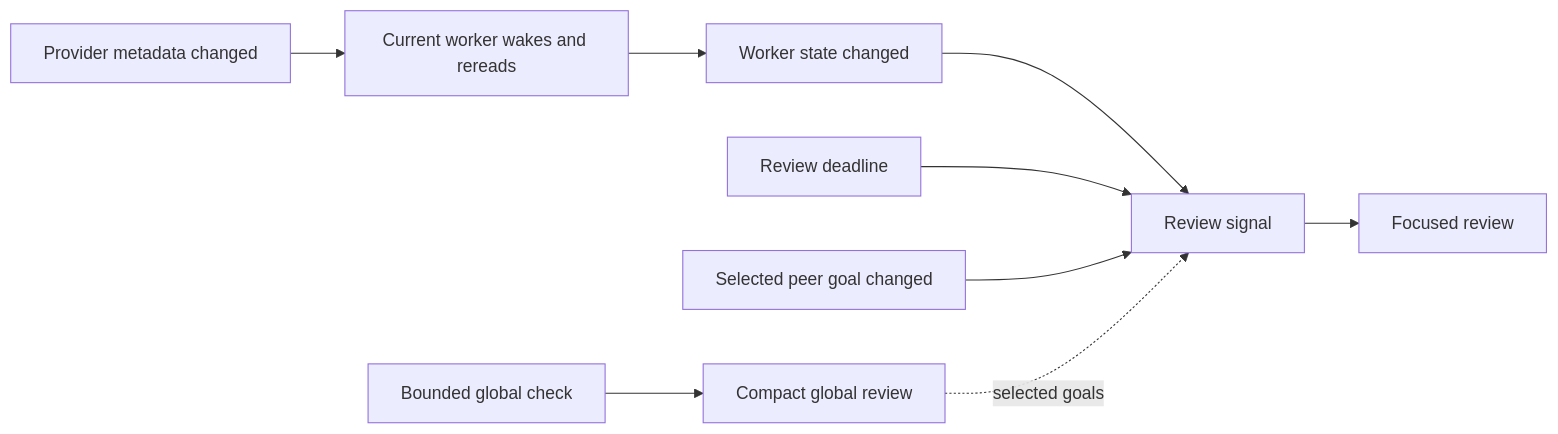
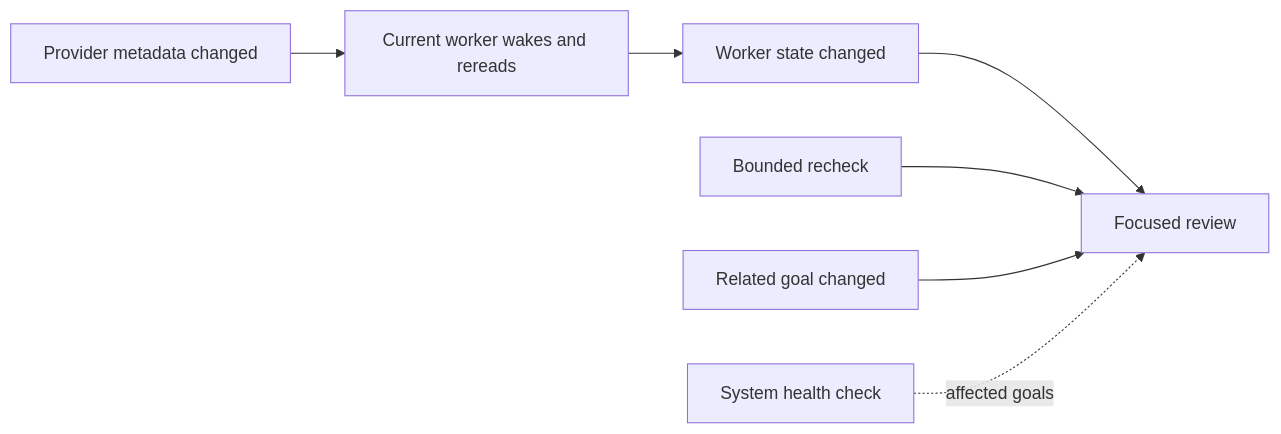
One commit to hao1939/herdr-supervisor changed the second of 4 diagrams in docs/design.md. Above: the diagram before and after it, drawn with Mermaid. The commit also changed other lines of this file and 11 other files, not shown here.

````diff
--- a/docs/design.md
+++ b/docs/design.md
@@ -121,11 +134,9 @@
 ```mermaid
 flowchart LR
-    A[Worker state changed] --> Q[Review signal]
-    B[Review deadline] --> Q
-    C[Selected peer goal changed] --> Q
+    A[Worker state changed] --> Q[Focused review]
+    B[Bounded recheck] --> Q
+    C[Related goal changed] --> Q
     D[Provider metadata changed] --> W[Current worker wakes and rereads]
     W --> A
-    Q --> R[Focused review]
-    E[Bounded global check] --> G[Compact global review]
-    G -. selected goals .-> Q
+    E[System health check] -. affected goals .-> Q
 ```
````
